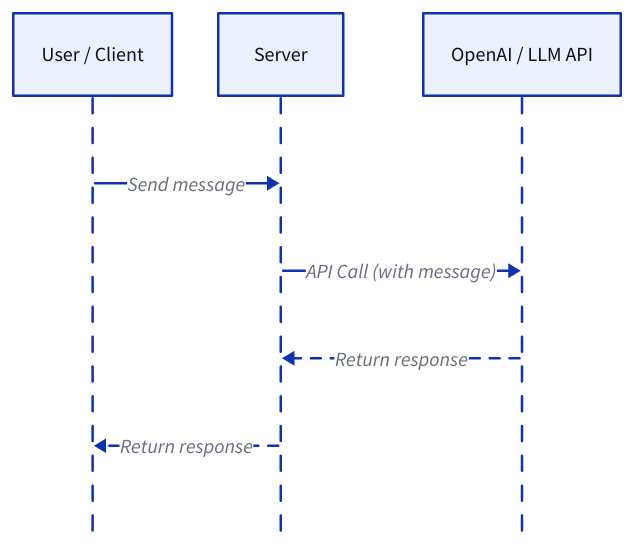
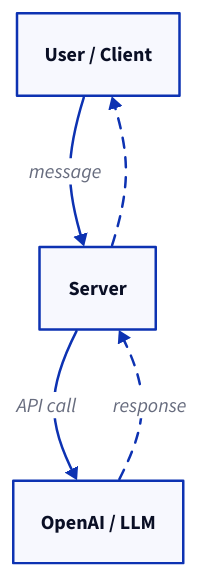
One commit to g-savitha/gsavitha.in changed the first of 6 diagrams in src/content/blog/context-management-window.md. Above: the diagram before and after it, drawn with D2. The commit also changed other lines of this file and 11 other files, not shown here.

````diff
--- a/src/content/blog/context-management-window.md
+++ b/src/content/blog/context-management-window.md
@@ -32,10 +32,10 @@
 ```d2
-shape: sequence_diagram
-Client: "User / Client"
-Server: Server
-LLM: "OpenAI / LLM API"
-Client -> Server: "Send message"
-Server -> LLM: "API Call (with message)"
-LLM -> Server: "Return response" {style.stroke-dash: 4}
-Server -> Client: "Return response" {style.stroke-dash: 4}
+direction: down
+Client: "User / Client" {class: success}
+Server: Server {class: primary}
+LLM: "OpenAI / LLM" {class: accent}
+Client -> Server: message
+Server -> LLM: "API call"
+LLM -> Server: response {style.stroke-dash: 4}
+Server -> Client {style.stroke-dash: 4}
 ```
````
